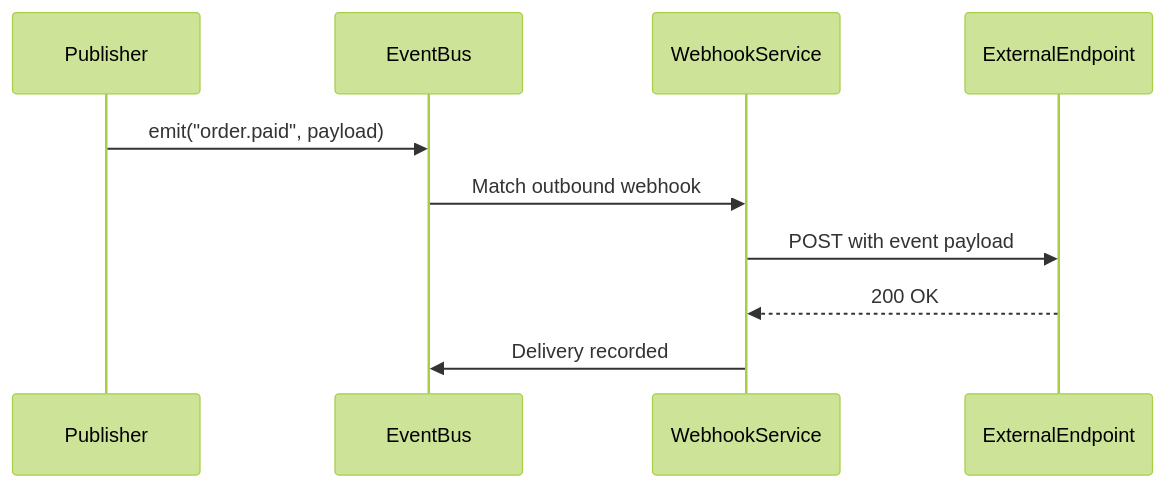
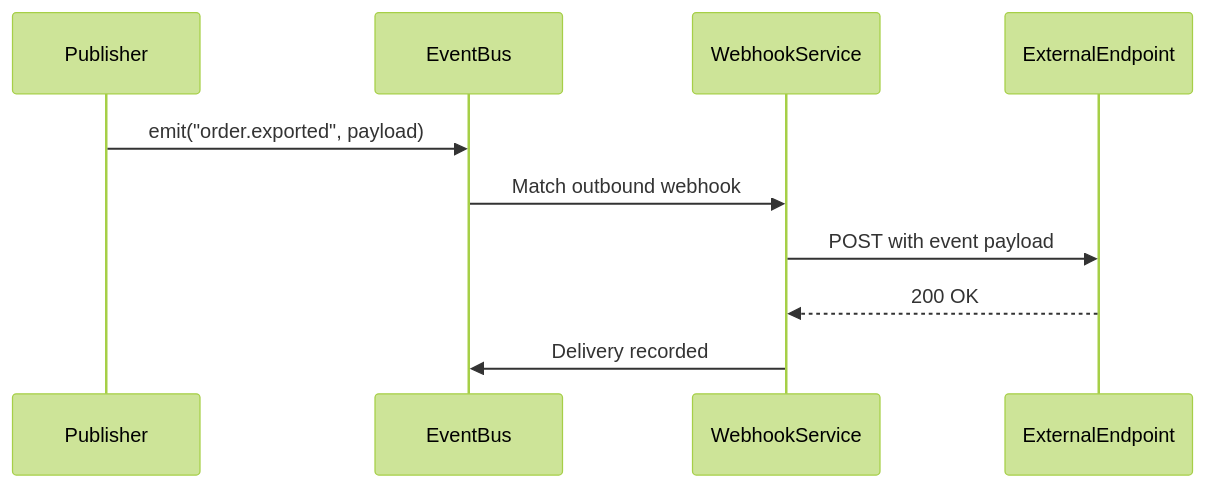
One commit to sillohq/pawabase changed the first of 3 diagrams in apps/docs/webhooks/outbound.mdx. Above: the diagram before and after it, drawn with Mermaid (forest theme). The commit also changed other lines of this file and 90 other files, not shown here.

````diff
--- a/apps/docs/webhooks/outbound.mdx
+++ b/apps/docs/webhooks/outbound.mdx
@@ -22,12 +24,12 @@
 ```mermaid
 sequenceDiagram
     participant Publisher
     participant EventBus
     participant WebhookService
     participant ExternalEndpoint
-    Publisher->>EventBus: emit("order.paid", payload)
+    Publisher->>EventBus: emit("order.exported", payload)
     EventBus->>WebhookService: Match outbound webhook
     WebhookService->>ExternalEndpoint: POST with event payload
     ExternalEndpoint-->>WebhookService: 200 OK
     WebhookService->>EventBus: Delivery recorded
 ```
````
